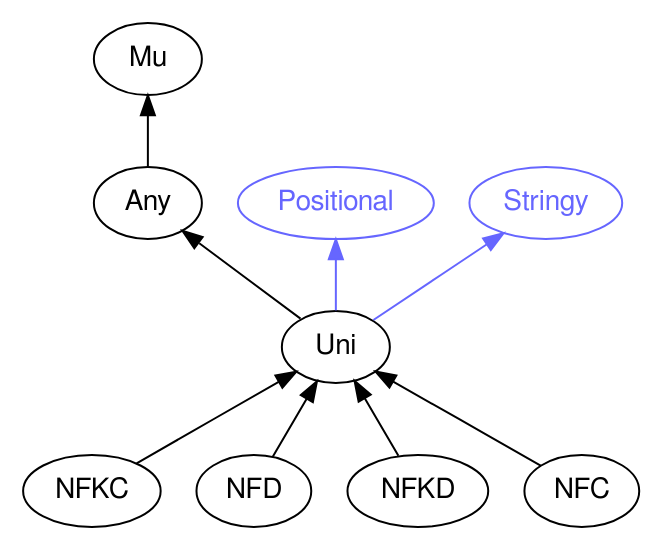
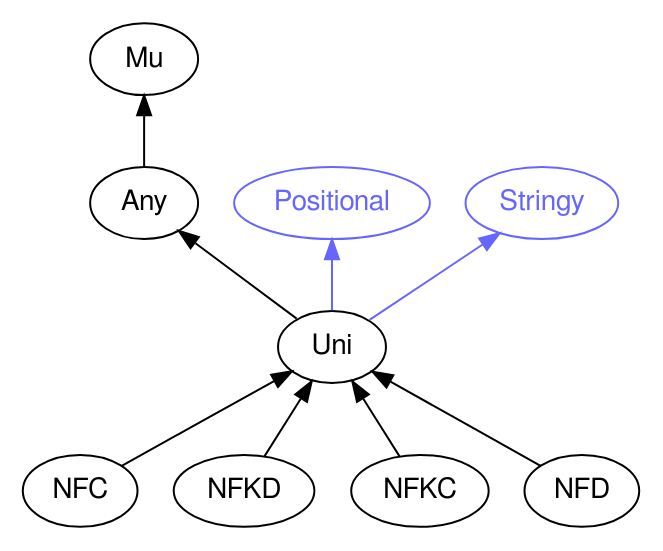
The diagram in images/type-graph-Uni.svg.dot (perl6docs/perl6docs.github.io), drawn with Graphviz before and after one commit. The commit also changed other lines of this file and 4386 other files, not shown here.

Commit message:
Version with Failure graph

```diff
--- a/images/type-graph-Uni.svg.dot
+++ b/images/type-graph-Uni.svg.dot
@@ -1,27 +1,27 @@
 digraph "perl6-type-graph" {
     rankdir=BT;
     splines=polyline;
     overlap=false; 
     // Types
     "Uni" [color="#000000", fontcolor="#000000", href="/type/Uni", fontname="FreeSans"];
     "Mu" [color="#000000", fontcolor="#000000", href="/type/Mu", fontname="FreeSans"];
     "Any" [color="#000000", fontcolor="#000000", href="/type/Any", fontname="FreeSans"];
     "Positional" [color="#6666FF", fontcolor="#6666FF", href="/type/Positional", fontname="FreeSans"];
     "Stringy" [color="#6666FF", fontcolor="#6666FF", href="/type/Stringy", fontname="FreeSans"];
+    "NFC" [color="#000000", fontcolor="#000000", href="/type/NFC", fontname="FreeSans"];
+    "NFKD" [color="#000000", fontcolor="#000000", href="/type/NFKD", fontname="FreeSans"];
     "NFKC" [color="#000000", fontcolor="#000000", href="/type/NFKC", fontname="FreeSans"];
     "NFD" [color="#000000", fontcolor="#000000", href="/type/NFD", fontname="FreeSans"];
-    "NFKD" [color="#000000", fontcolor="#000000", href="/type/NFKD", fontname="FreeSans"];
-    "NFC" [color="#000000", fontcolor="#000000", href="/type/NFC", fontname="FreeSans"];
 
     // Superclasses
     "Uni" -> "Any" [color="#000000"];
     "Any" -> "Mu" [color="#000000"];
+    "NFC" -> "Uni" [color="#000000"];
+    "NFKD" -> "Uni" [color="#000000"];
     "NFKC" -> "Uni" [color="#000000"];
     "NFD" -> "Uni" [color="#000000"];
-    "NFKD" -> "Uni" [color="#000000"];
-    "NFC" -> "Uni" [color="#000000"];
 
     // Roles
     "Uni" -> "Positional" [color="#6666FF"];
     "Uni" -> "Stringy" [color="#6666FF"];
 }
```
